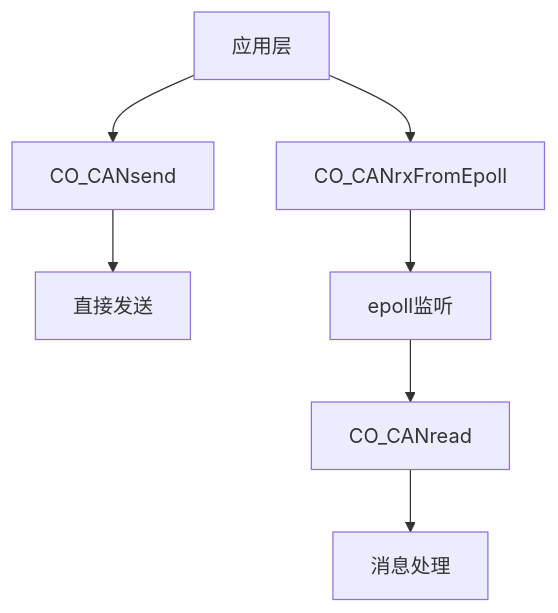
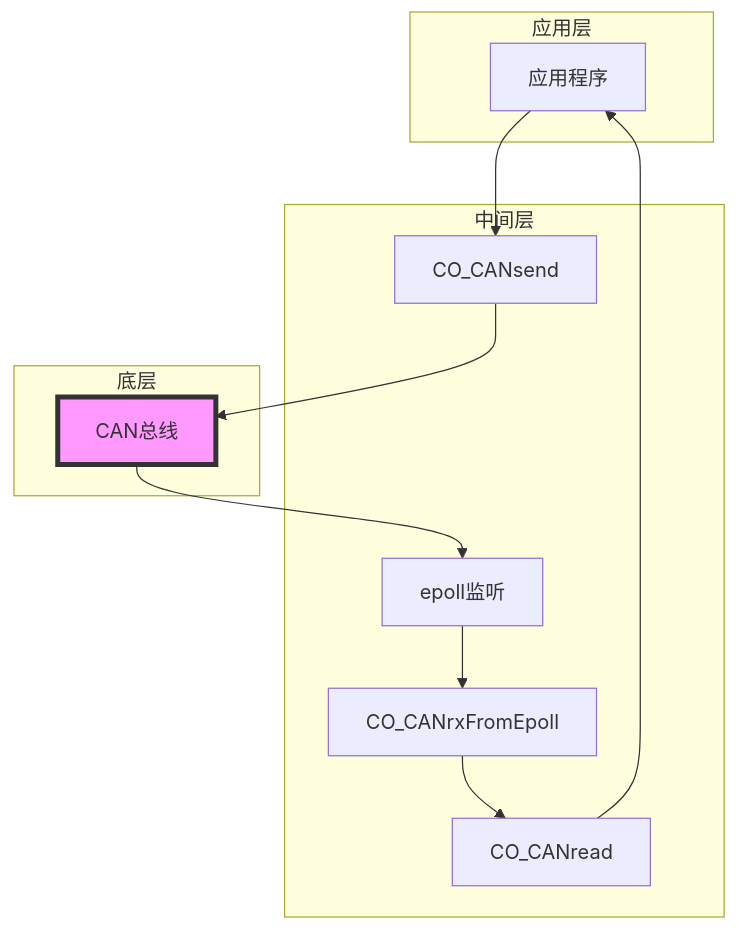
One commit to Vivaldi4Git/CAN-Bus-Study-Guide changed the first of 2 diagrams in docs/CANopenNode/source_code/CO_CANread.md. Above: the diagram before and after it, drawn with Mermaid. The commit also changed other lines of this file and 31 other files, not shown here.

````diff
--- a/docs/CANopenNode/source_code/CO_CANread.md
+++ b/docs/CANopenNode/source_code/CO_CANread.md
@@ -2,7 +4,27 @@
 ```mermaid
-graph TD
-    A[应用层] --> B1[CO_CANsend]
-    A --> B2[CO_CANrxFromEpoll]
-    B1 --> C1[直接发送]
-    B2 --> C2[epoll监听] --> C3[CO_CANread] --> C4[消息处理]
+graph TB
+    subgraph 应用层
+        A[应用程序]
+    end
+    
+    subgraph 中间层
+        B1[CO_CANsend]
+        C1[epoll监听]
+        B2[CO_CANrxFromEpoll]
+        C2[CO_CANread]
+    end
+    
+    subgraph 底层
+        CAN[CAN总线]
+    end
+    
+    A --> B1
+    B1 --> CAN
+    
+    CAN --> C1
+    C1 --> B2
+    B2 --> C2
+    C2 --> A
+    
+    style CAN fill:#f9f,stroke:#333,stroke-width:4px
 ```
````
